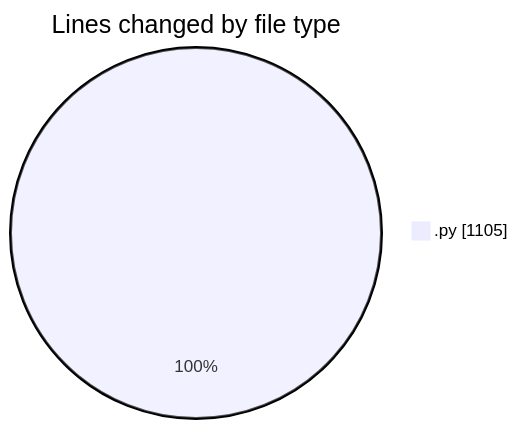
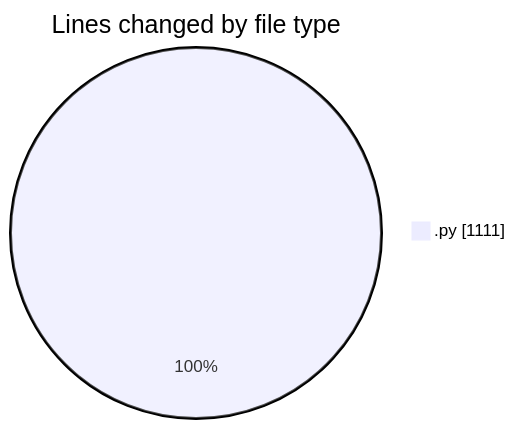
One commit to FelipKnott/code-tracking changed the first of 2 diagrams in 2025-07-02/cursor/README.md. Above: the diagram before and after it, drawn with Mermaid. The commit also changed other lines of this file and 1 other file, not shown here.

````diff
--- a/2025-07-02/cursor/README.md
+++ b/2025-07-02/cursor/README.md
@@ -23,5 +23,5 @@
 ```mermaid
 pie showData
 title Lines changed by file type
-".py" : 1105
+".py" : 1111
 ```
````
